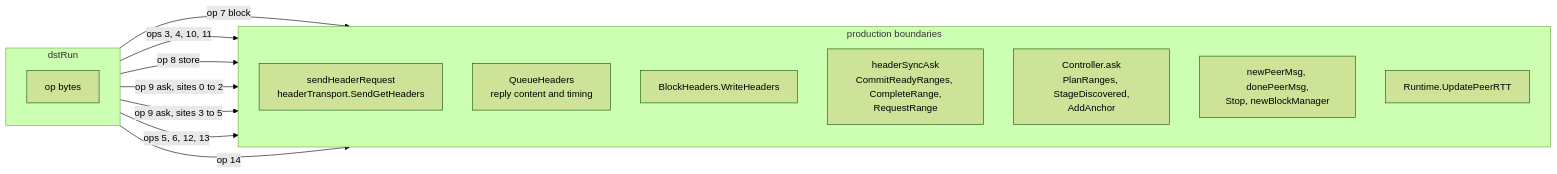
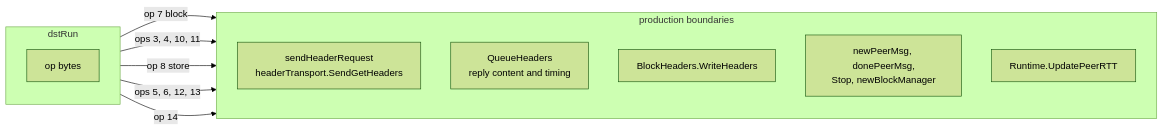
Before and after one commit to lightninglabs/neutrino: the fourth of 6 diagrams in docs/deterministic-sync-testing.md, drawn with Mermaid (forest theme). The commit also changed other lines of this file and 11 other files, not shown here.

````diff
--- a/docs/deterministic-sync-testing.md
+++ b/docs/deterministic-sync-testing.md
@@ -310,24 +310,20 @@
 ```mermaid
 flowchart LR
     subgraph RUNNER["dstRun"]
         direction TB
         ops["op bytes"]
     end
     subgraph SEAMS["production boundaries"]
         direction TB
         send["sendHeaderRequest<br/>headerTransport.SendGetHeaders"]
         queue["QueueHeaders<br/>reply content and timing"]
         write["BlockHeaders.WriteHeaders"]
-        bmask["headerSyncAsk<br/>CommitReadyRanges, CompleteRange,<br/>RequestRange"]
-        ctlask["Controller.ask<br/>PlanRanges, StageDiscovered,<br/>AddAnchor"]
         life["newPeerMsg, donePeerMsg,<br/>Stop, newBlockManager"]
         rtt["Runtime.UpdatePeerRTT"]
     end
     ops -- "op 7 block" --> send
     ops -- "ops 3, 4, 10, 11" --> queue
     ops -- "op 8 store" --> write
-    ops -- "op 9 ask, sites 0 to 2" --> bmask
-    ops -- "op 9 ask, sites 3 to 5" --> ctlask
     ops -- "ops 5, 6, 12, 13" --> life
     ops -- "op 14" --> rtt
 ```
````
